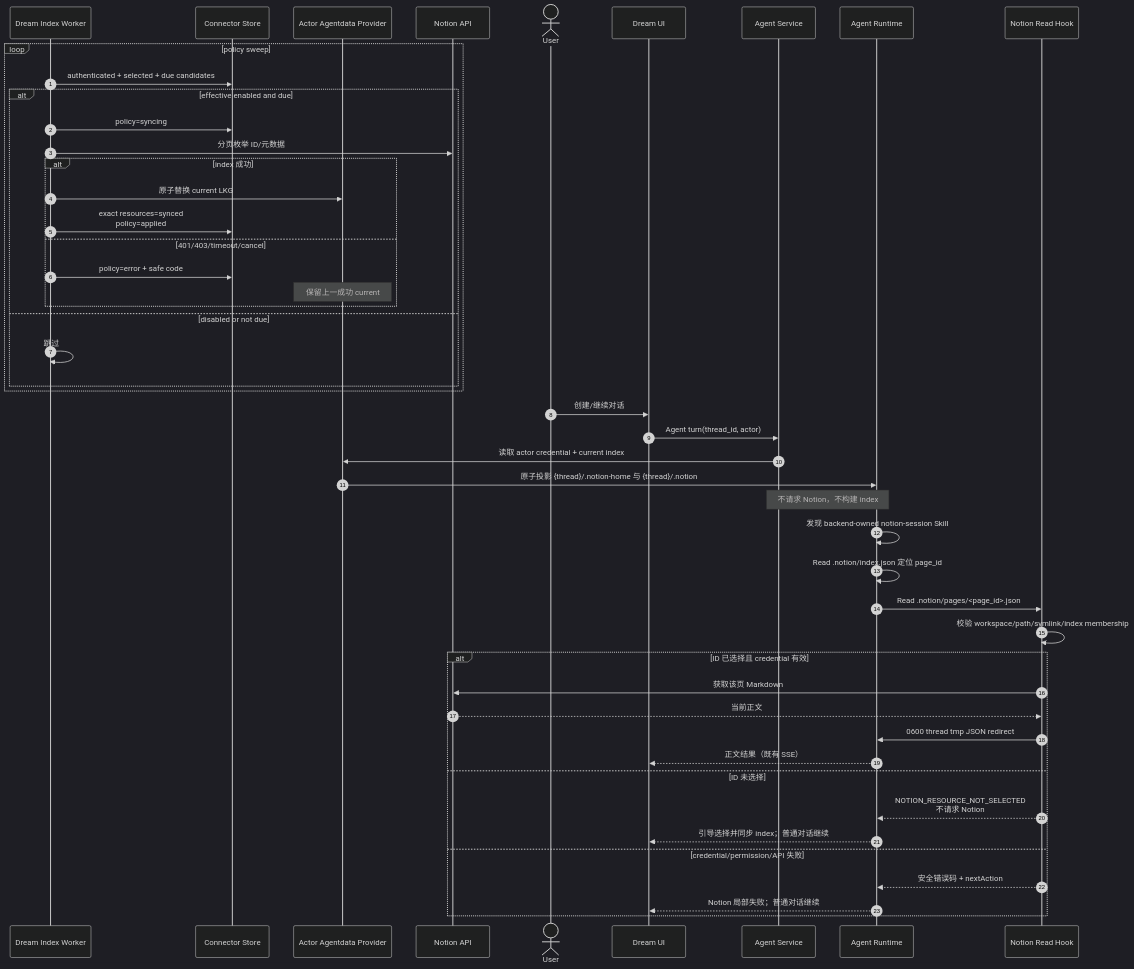
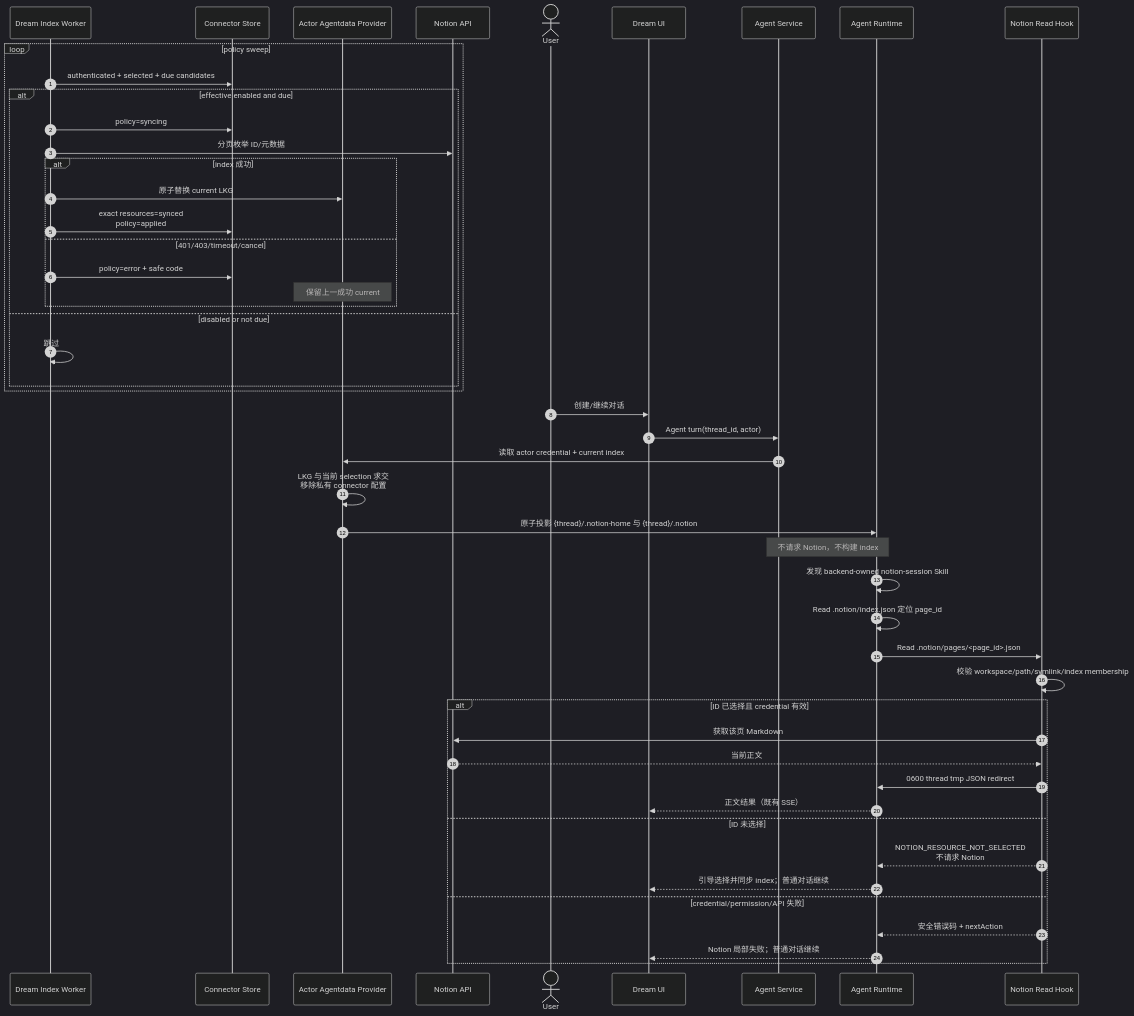
One commit to glide-the/im-dream changed the second of 3 diagrams in docs/design/notion-session/runtime-credential-and-skill-sequence.md. Above: the diagram before and after it, drawn with Mermaid (dark theme). The commit also changed other lines of this file and 48 other files, not shown here.

First line of the commit message:
feat(notion): reconcile connector product and runtime flow

````diff
--- a/docs/design/notion-session/runtime-credential-and-skill-sequence.md
+++ b/docs/design/notion-session/runtime-credential-and-skill-sequence.md
@@ -52,52 +61,53 @@
 ```mermaid
 sequenceDiagram
     autonumber
     participant Worker as Dream Index Worker
     participant Store as Connector Store
     participant Provider as Actor Agentdata Provider
     participant Notion as Notion API
     actor User
     participant UI as Dream UI
     participant Service as Agent Service
     participant Runtime as Agent Runtime
     participant Hook as Notion Read Hook
 
     loop policy sweep
         Worker->>Store: authenticated + selected + due candidates
         alt effective enabled and due
             Worker->>Store: policy=syncing
             Worker->>Notion: 分页枚举 ID/元数据
             alt index 成功
                 Worker->>Provider: 原子替换 current LKG
                 Worker->>Store: exact resources=synced<br/>policy=applied
             else 401/403/timeout/cancel
                 Worker->>Store: policy=error + safe code
                 Note over Provider: 保留上一成功 current
             end
         else disabled or not due
             Worker->>Worker: 跳过
         end
     end
 
     User->>UI: 创建/继续对话
     UI->>Service: Agent turn(thread_id, actor)
     Service->>Provider: 读取 actor credential + current index
+    Provider->>Provider: LKG 与当前 selection 求交<br/>移除私有 connector 配置
     Provider->>Runtime: 原子投影 {thread}/.notion-home 与 {thread}/.notion
     Note over Service,Runtime: 不请求 Notion，不构建 index
     Runtime->>Runtime: 发现 backend-owned notion-session Skill
     Runtime->>Runtime: Read .notion/index.json 定位 page_id
     Runtime->>Hook: Read .notion/pages/<page_id>.json
     Hook->>Hook: 校验 workspace/path/symlink/index membership
     alt ID 已选择且 credential 有效
         Hook->>Notion: 获取该页 Markdown
         Notion-->>Hook: 当前正文
         Hook->>Runtime: 0600 thread tmp JSON redirect
         Runtime-->>UI: 正文结果（既有 SSE）
     else ID 未选择
         Hook-->>Runtime: NOTION_RESOURCE_NOT_SELECTED<br/>不请求 Notion
         Runtime-->>UI: 引导选择并同步 index；普通对话继续
     else credential/permission/API 失败
         Hook-->>Runtime: 安全错误码 + nextAction
         Runtime-->>UI: Notion 局部失败；普通对话继续
     end
 ```
````
